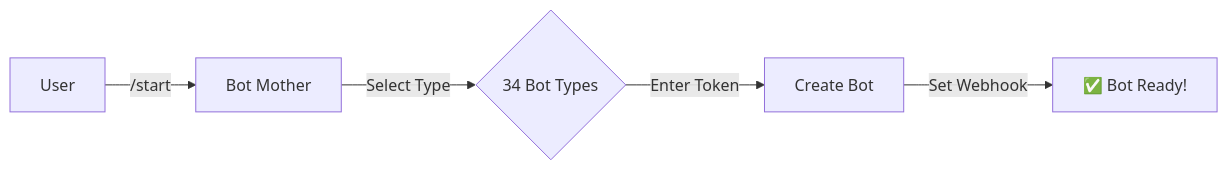
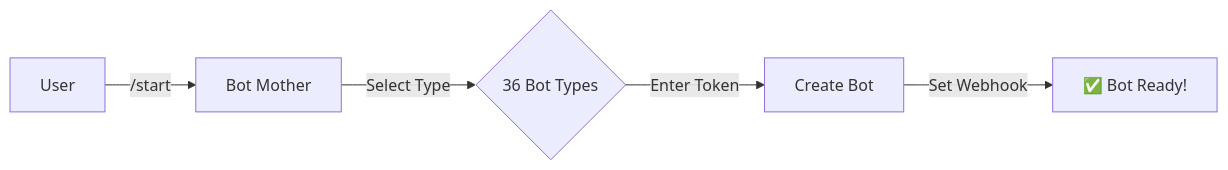
Before and after one commit to saber13812002/bot-generator-bale-telegram-laravel-10: the first of 2 diagrams in README.md, drawn with Mermaid. The commit also changed other lines of this file and 28 other files, not shown here.

````diff
--- a/README.md
+++ b/README.md
@@ -76,7 +76,7 @@
 ```mermaid
 graph LR
     A[User] -->|/start| B[Bot Mother]
-    B -->|Select Type| C{34 Bot Types}
+    B -->|Select Type| C{36 Bot Types}
     C -->|Enter Token| D[Create Bot]
     D -->|Set Webhook| E[✅ Bot Ready!]
 ```
````
